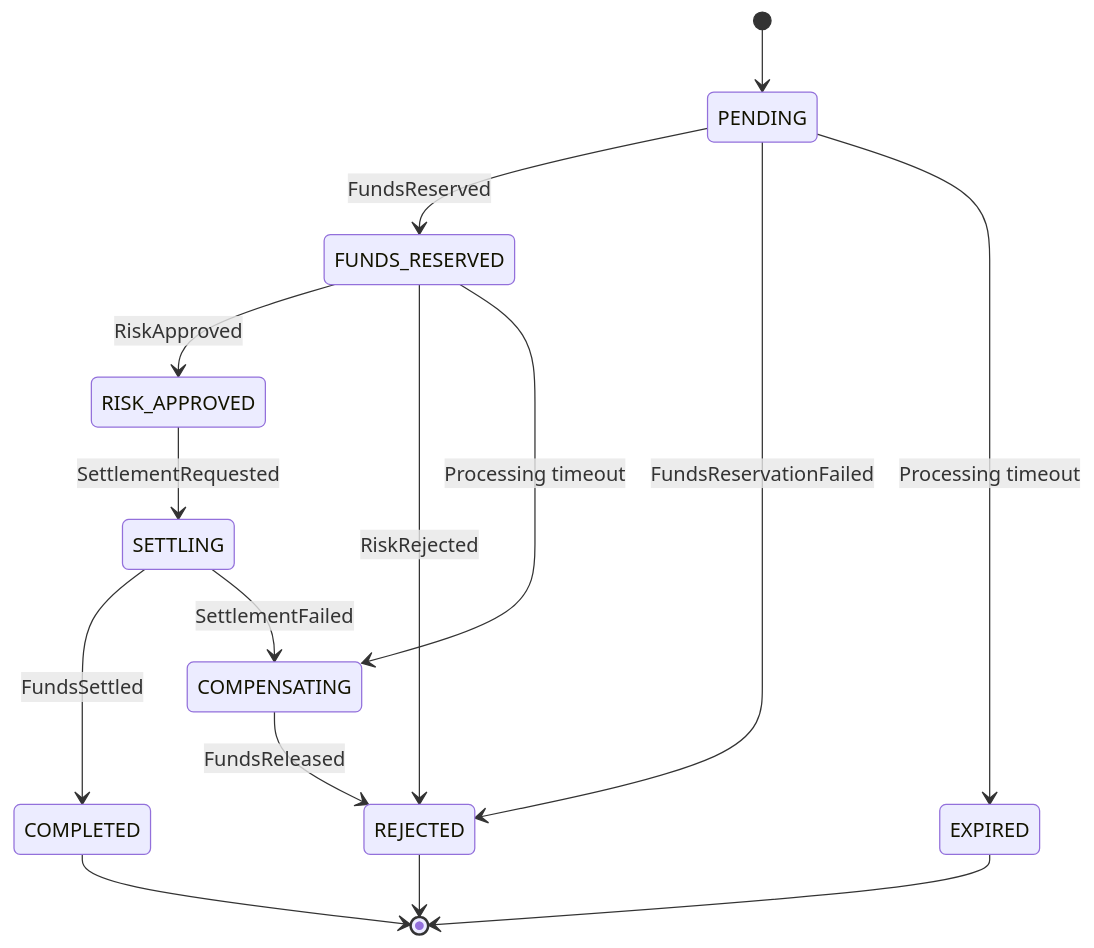
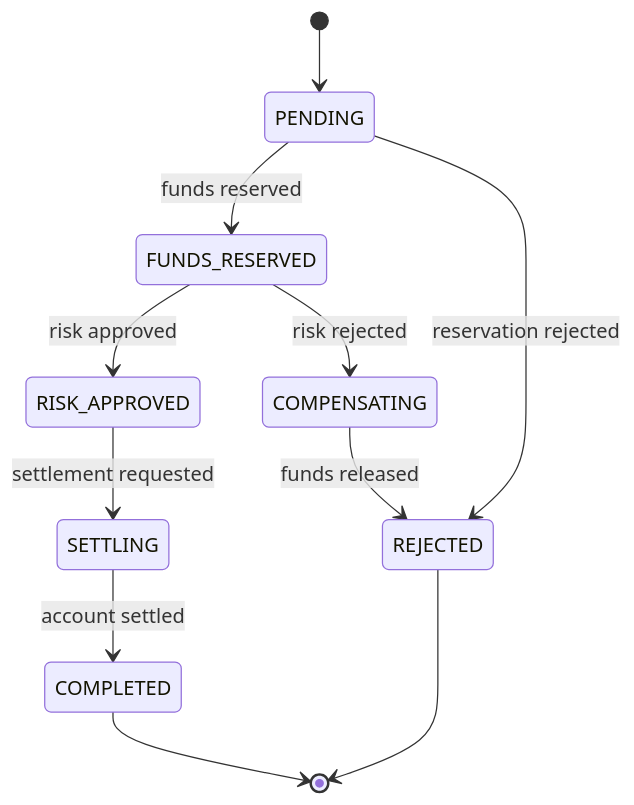
One commit to ogzkaann/ledgerflow-banking-platform changed the fourth of 4 diagrams in docs/architecture/system-design.md. Above: the diagram before and after it, drawn with Mermaid. The commit also changed other lines of this file and 12 other files, not shown here.

````diff
--- a/docs/architecture/system-design.md
+++ b/docs/architecture/system-design.md
@@ -113,17 +99,13 @@
 ```mermaid
 stateDiagram-v2
     [*] --> PENDING
-    PENDING --> FUNDS_RESERVED: FundsReserved
-    PENDING --> REJECTED: FundsReservationFailed
-    FUNDS_RESERVED --> RISK_APPROVED: RiskApproved
-    FUNDS_RESERVED --> REJECTED: RiskRejected
-    RISK_APPROVED --> SETTLING: SettlementRequested
-    SETTLING --> COMPLETED: FundsSettled
-    SETTLING --> COMPENSATING: SettlementFailed
-    COMPENSATING --> REJECTED: FundsReleased
-    PENDING --> EXPIRED: Processing timeout
-    FUNDS_RESERVED --> COMPENSATING: Processing timeout
+    PENDING --> FUNDS_RESERVED: funds reserved
+    PENDING --> REJECTED: reservation rejected
+    FUNDS_RESERVED --> RISK_APPROVED: risk approved
+    FUNDS_RESERVED --> COMPENSATING: risk rejected
+    RISK_APPROVED --> SETTLING: settlement requested
+    SETTLING --> COMPLETED: account settled
+    COMPENSATING --> REJECTED: funds released
     COMPLETED --> [*]
     REJECTED --> [*]
-    EXPIRED --> [*]
 ```
````
